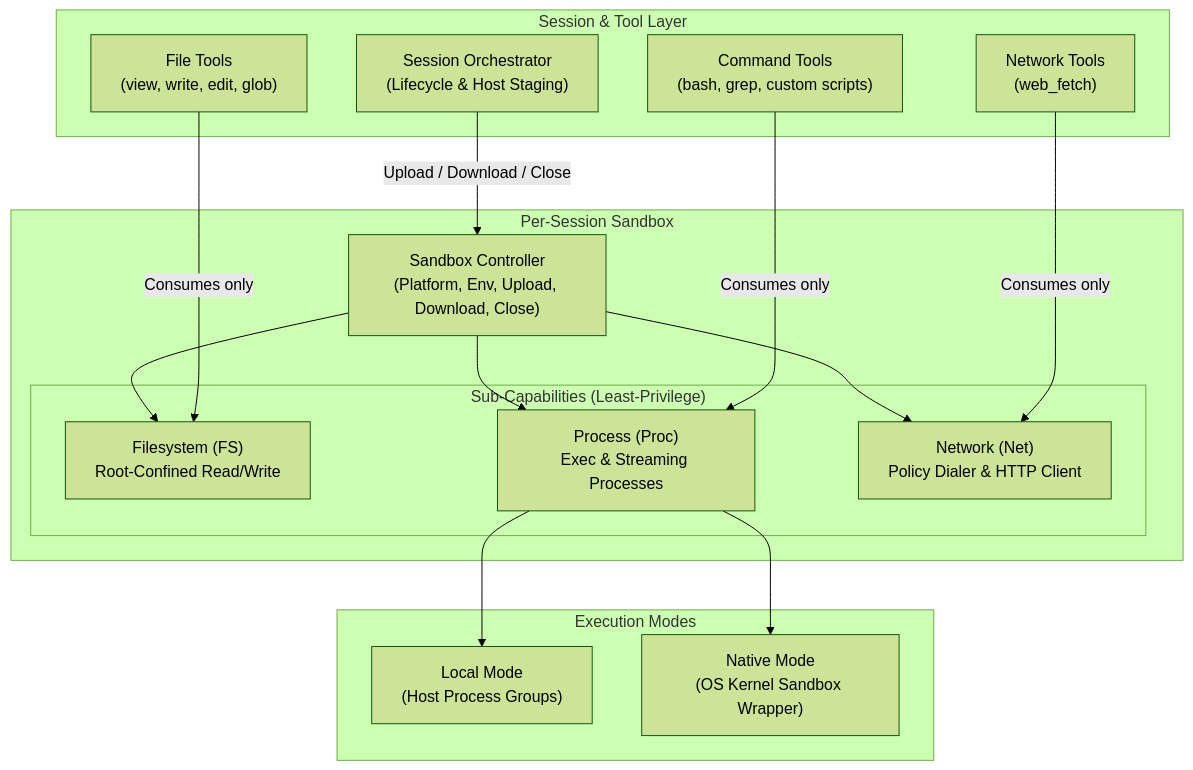
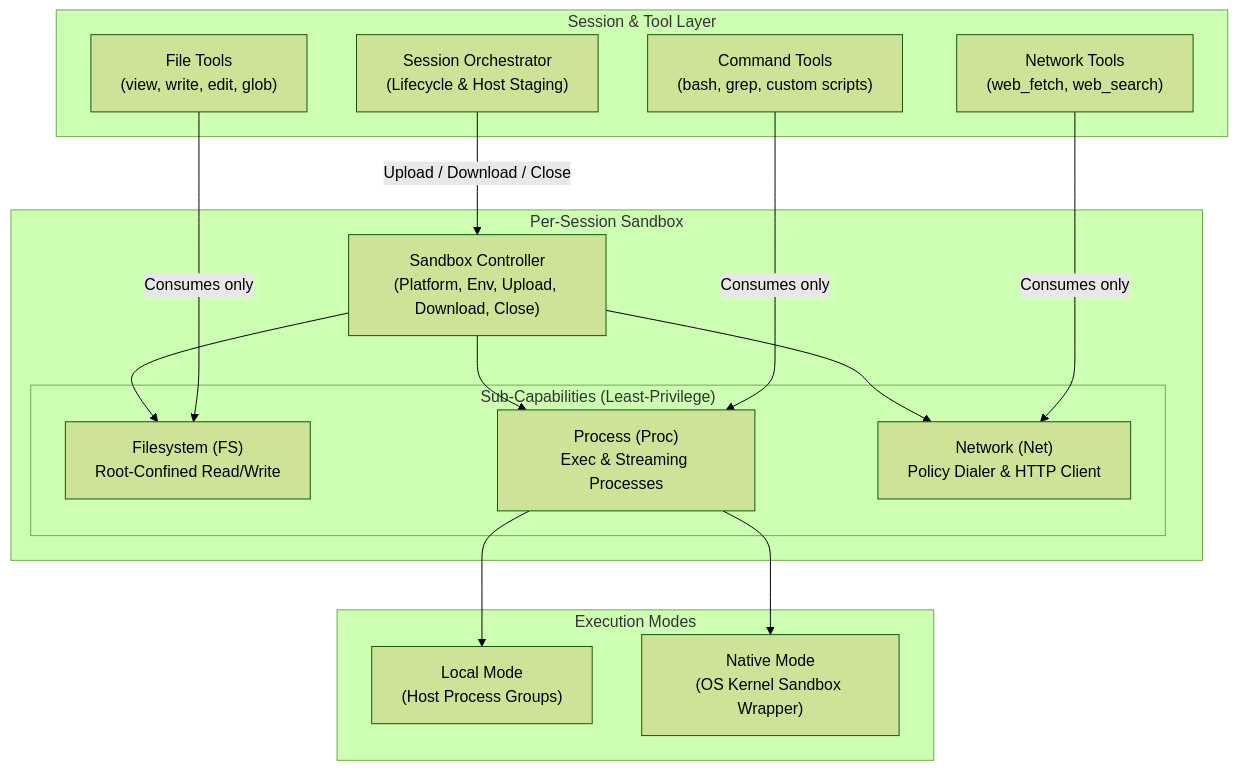
Before and after one commit to masterkeysrd/tasksmith: the diagram in docs/architecture/sandbox.md, drawn with Mermaid (forest theme). The commit also changed 61 other files, not shown here.

````diff
--- a/docs/architecture/sandbox.md
+++ b/docs/architecture/sandbox.md
@@ -9,36 +9,36 @@
 ```mermaid
 flowchart TD
     subgraph SessionLayer ["Session & Tool Layer"]
         Orchestrator["Session Orchestrator\n(Lifecycle & Host Staging)"]
         FileTools["File Tools\n(view, write, edit, glob)"]
         ProcTools["Command Tools\n(bash, grep, custom scripts)"]
-        NetTools["Network Tools\n(web_fetch)"]
+        NetTools["Network Tools\n(web_fetch, web_search)"]
     end
 
     subgraph SandboxController ["Per-Session Sandbox"]
         Controller["Sandbox Controller\n(Platform, Env, Upload, Download, Close)"]
 
         subgraph Capabilities ["Sub-Capabilities (Least-Privilege)"]
             FS["Filesystem (FS)\nRoot-Confined Read/Write"]
             Proc["Process (Proc)\nExec & Streaming Processes"]
             Net["Network (Net)\nPolicy Dialer & HTTP Client"]
         end
 
         Controller --> FS
         Controller --> Proc
         Controller --> Net
     end
 
     subgraph Drivers ["Execution Modes"]
         Local["Local Mode\n(Host Process Groups)"]
         Native["Native Mode\n(OS Kernel Sandbox Wrapper)"]
     end
 
     Orchestrator -->|Upload / Download / Close| Controller
     FileTools -->|Consumes only| FS
     ProcTools -->|Consumes only| Proc
     NetTools -->|Consumes only| Net
 
     Proc --> Local
     Proc --> Native
 ```
````
